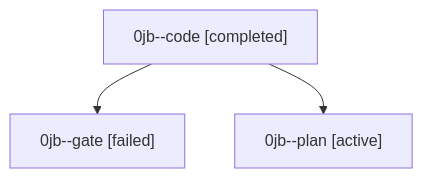
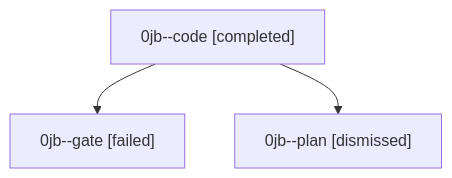
One commit to sase-org/sase--agents changed the diagram in sessions/bbugyi200.athena.0jb.md. Above: the diagram before and after it, drawn with Mermaid. The commit also changed other lines of this file and 29 other files, not shown here.

````diff
--- a/sessions/bbugyi200.athena.0jb.md
+++ b/sessions/bbugyi200.athena.0jb.md
@@ -9,8 +9,8 @@
 ```mermaid
 flowchart TD
   n0["0jb--code [completed]"]
   n1["0jb--gate [failed]"]
   n0 --> n1
-  n2["0jb--plan [active]"]
+  n2["0jb--plan [dismissed]"]
   n0 --> n2
 ```
````
